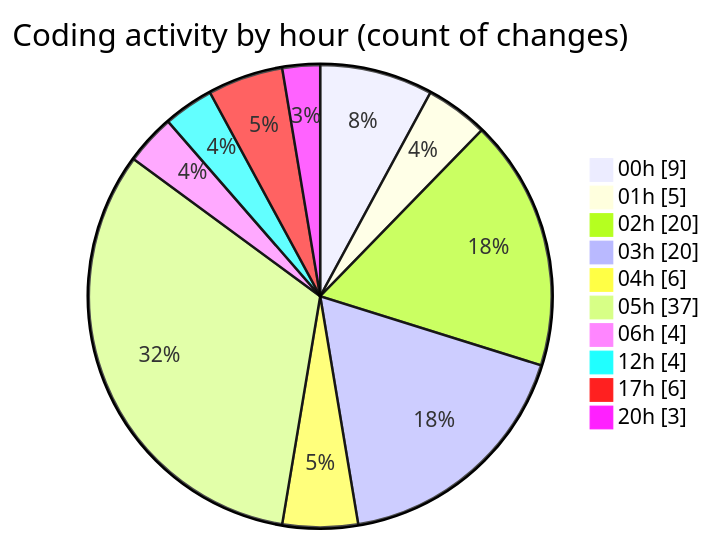
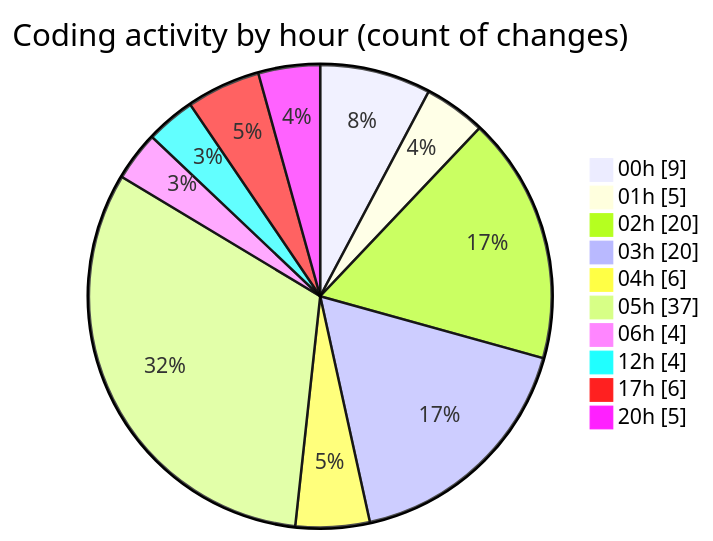
One commit to lephambinh05/code-tracking changed the second of 2 diagrams in 2025-08-05/studybuddy/README.md. Above: the diagram before and after it, drawn with Mermaid. The commit also changed other lines of this file and 1 other file, not shown here.

````diff
--- a/2025-08-05/studybuddy/README.md
+++ b/2025-08-05/studybuddy/README.md
@@ -67,14 +68,14 @@
 ```mermaid
 pie showData
 title Coding activity by hour (count of changes)
 "00h" : 9
 "01h" : 5
 "02h" : 20
 "03h" : 20
 "04h" : 6
 "05h" : 37
 "06h" : 4
 "12h" : 4
 "17h" : 6
-"20h" : 3
+"20h" : 5
 ```
````
